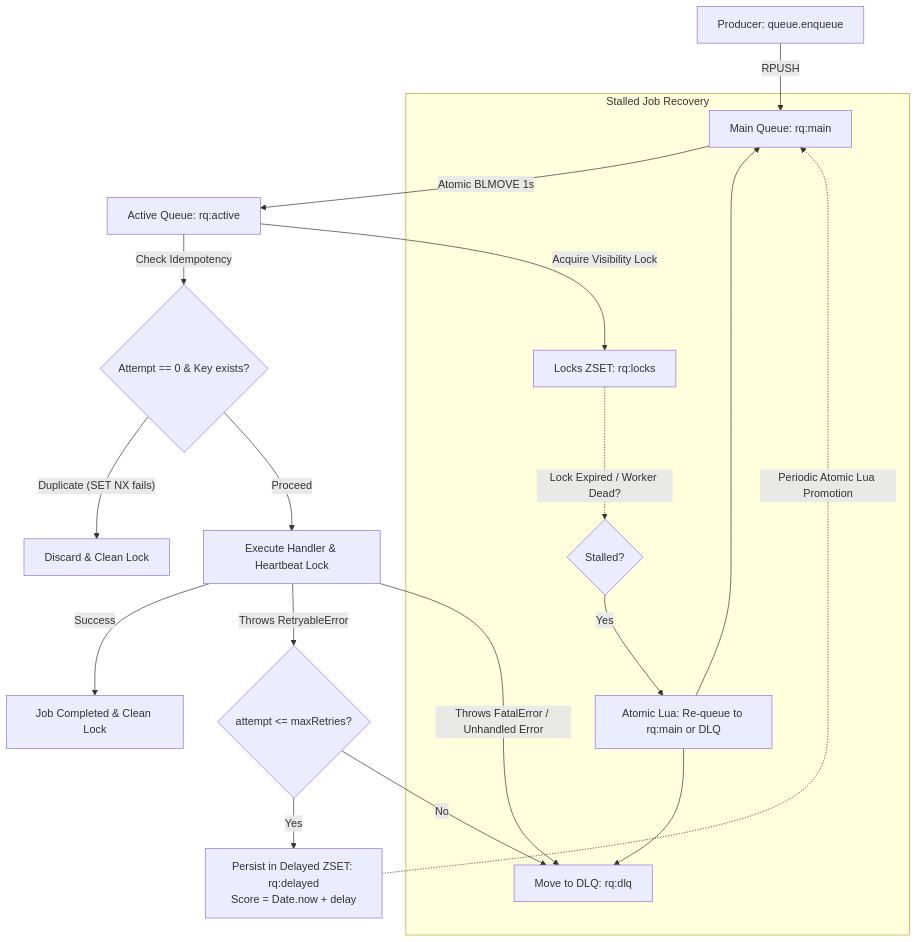
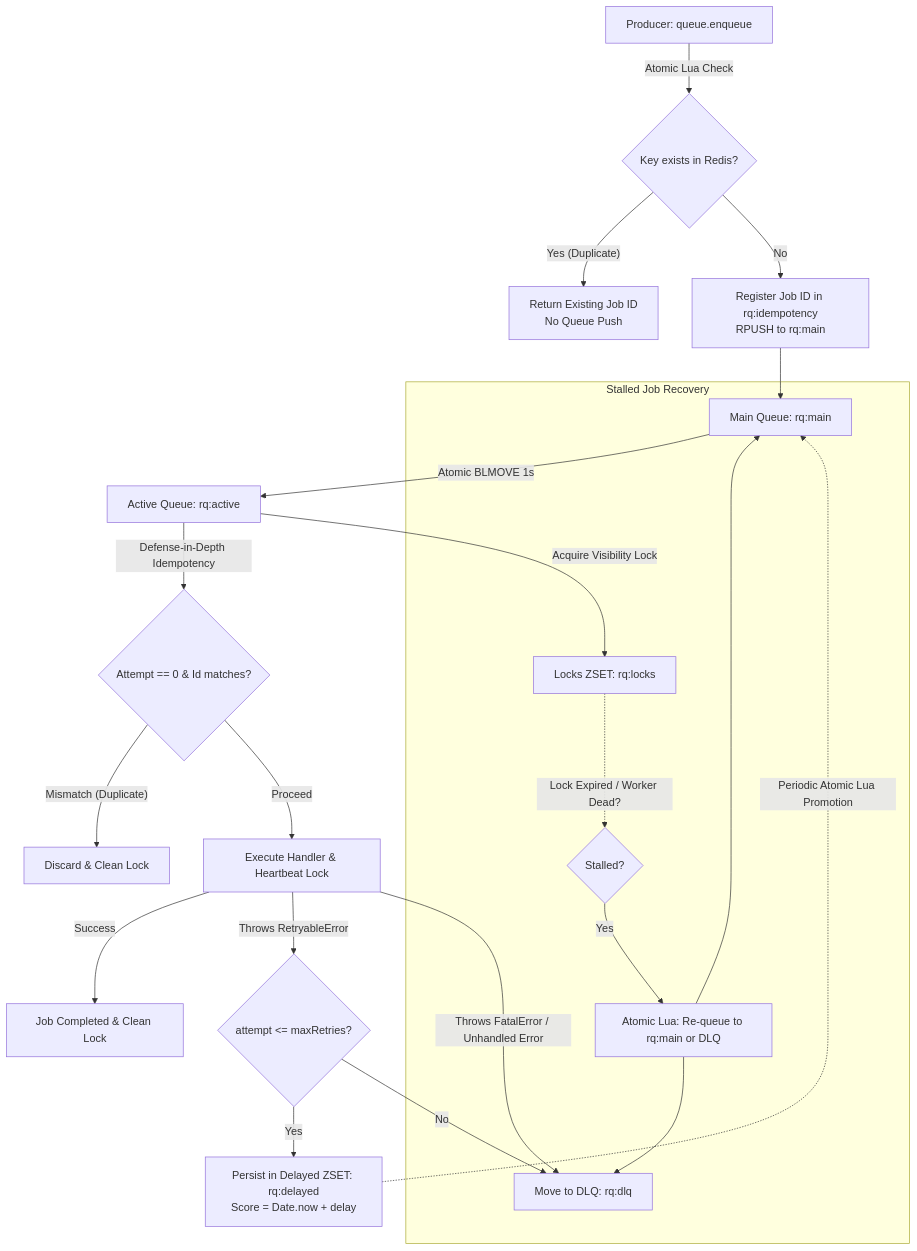
Before and after one commit to bhusareMayur/resilient-queue: the first of 2 diagrams in README.md, drawn with Mermaid. The commit also changed other lines of this file and 4 other files, not shown here.

Commit message:
feat: implement atomic enqueue-time idempotency

````diff
--- a/README.md
+++ b/README.md
@@ -60,25 +60,28 @@
 ```mermaid
 flowchart TD
-    A[Producer: queue.enqueue] -->|RPUSH| B[Main Queue: rq:main]
+    A[Producer: queue.enqueue] -->|Atomic Lua Check| IDEM{Key exists in Redis?}
+    IDEM -- "Yes (Duplicate)" --> RET[Return Existing Job ID\nNo Queue Push]
+    IDEM -- "No" --> SET_KEY[Register Job ID in rq:idempotency\nRPUSH to rq:main]
+    SET_KEY --> B[Main Queue: rq:main]
     B -->|Atomic BLMOVE 1s| C[Active Queue: rq:active]
     C -->|Acquire Visibility Lock| L[Locks ZSET: rq:locks]
-    C -->|Check Idempotency| D{Attempt == 0 & Key exists?}
-    D -- "Duplicate (SET NX fails)" --> X[Discard & Clean Lock]
+    C -->|Defense-in-Depth Idempotency| D{Attempt == 0 & Id matches?}
+    D -- "Mismatch (Duplicate)" --> X[Discard & Clean Lock]
     D -- "Proceed" --> E[Execute Handler & Heartbeat Lock]
     
     E -->|Success| S[Job Completed & Clean Lock]
     E -->|Throws RetryableError| R{attempt <= maxRetries?}
     E -->|Throws FatalError / Unhandled Error| DLQ[Move to DLQ: rq:dlq]
     
     R -- Yes --> Z[Persist in Delayed ZSET: rq:delayed\nScore = Date.now + delay]
     R -- No --> DLQ
     
     Z -.->|Periodic Atomic Lua Promotion| B
     
     subgraph Stalled Job Recovery
         L -.->|Lock Expired / Worker Dead?| SC{Stalled?}
         SC -- Yes --> REC[Atomic Lua: Re-queue to rq:main or DLQ]
         REC --> B
         REC --> DLQ
     end
 ```
````
